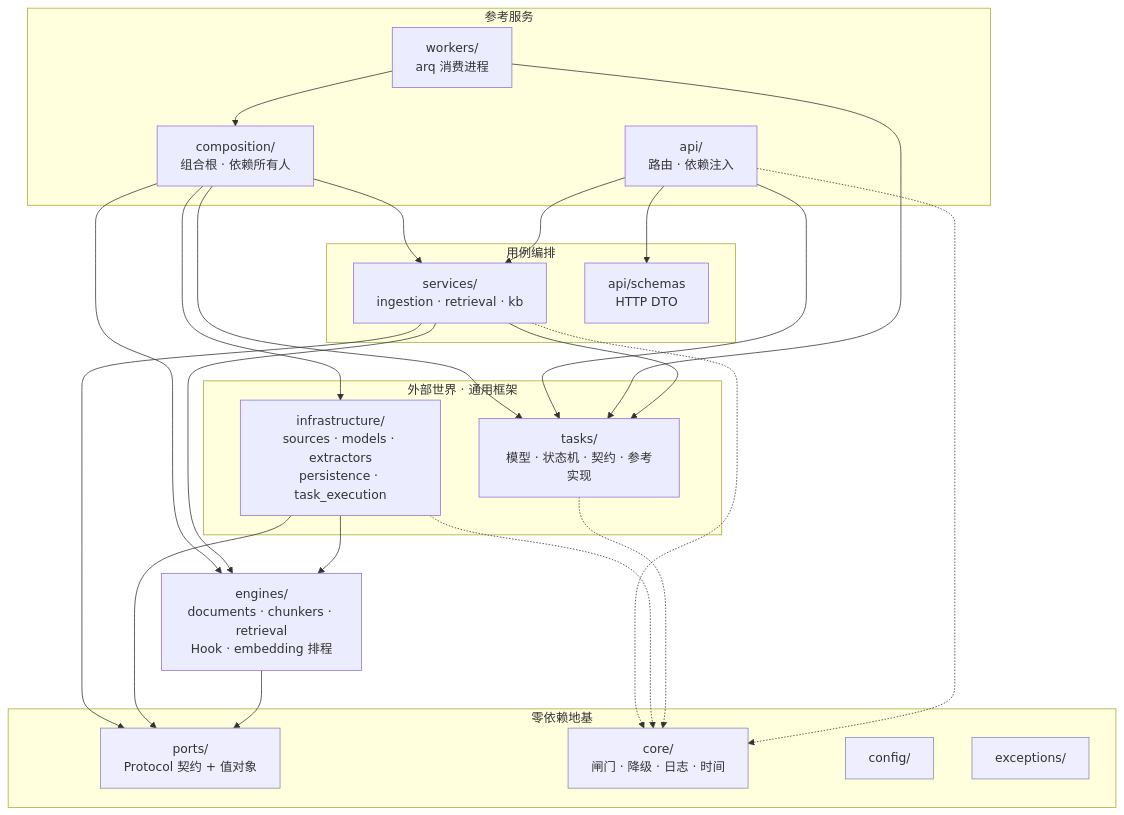
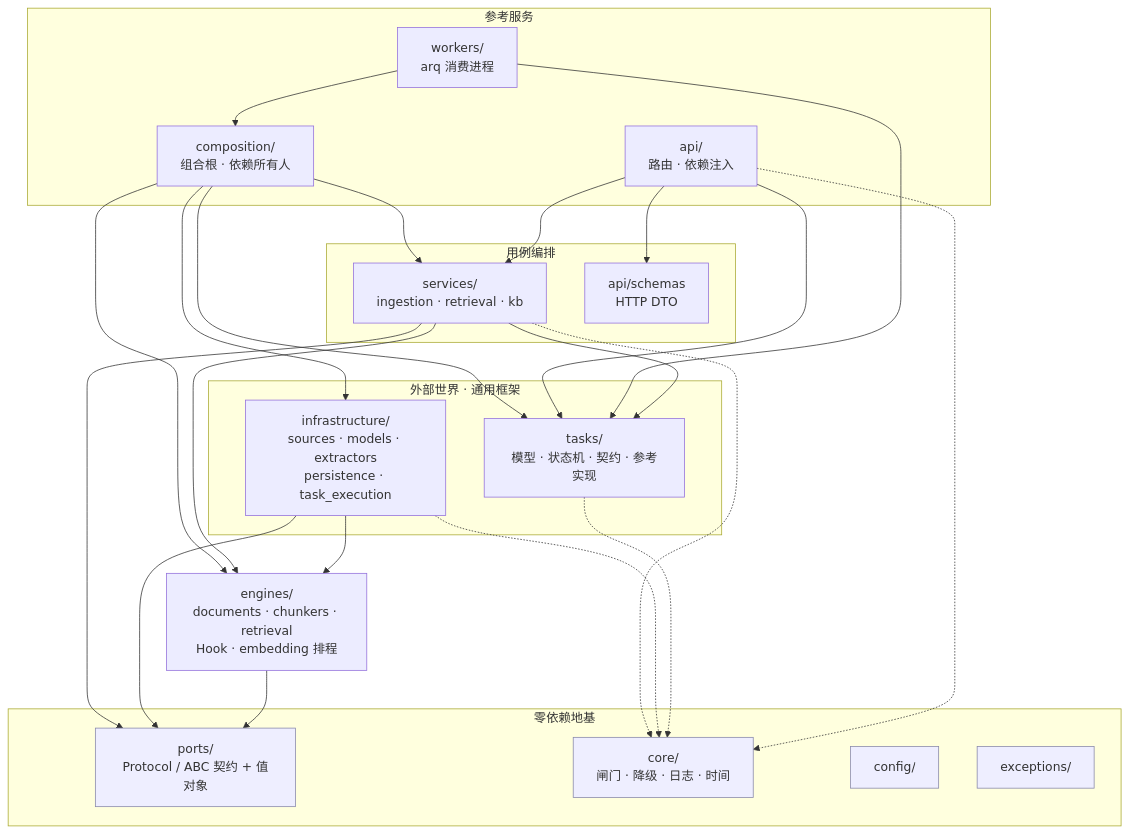
One commit to comet-7x/comet-rag changed the first of 3 diagrams in docs/structure.md. Above: the diagram before and after it, drawn with Mermaid. The commit also changed other lines of this file and 156 other files, not shown here.

````diff
--- a/docs/structure.md
+++ b/docs/structure.md
@@ -57,51 +58,51 @@
 ```mermaid
 flowchart TD
     subgraph SVC["参考服务"]
         boot["composition/<br/>组合根 · 依赖所有人"]
         api["api/<br/>路由 · 依赖注入"]
         wrk["workers/<br/>arq 消费进程"]
     end
 
     subgraph UC["用例编排"]
         svc["services/<br/>ingestion · retrieval · kb"]
         sch["api/schemas<br/>HTTP DTO"]
     end
 
     subgraph EXT["外部世界 · 通用框架"]
         infra["infrastructure/<br/>sources · models · extractors<br/>persistence · task_execution"]
         tsk["tasks/<br/>模型 · 状态机 · 契约 · 参考实现"]
     end
 
     lib["engines/<br/>documents · chunkers · retrieval<br/>Hook · embedding 排程"]
 
     subgraph BASE["零依赖地基"]
-        ports["ports/<br/>Protocol 契约 + 值对象"]
+        ports["ports/<br/>Protocol / ABC 契约 + 值对象"]
         kernel["core/<br/>闸门 · 降级 · 日志 · 时间"]
         cfg["config/"]
         exc["exceptions/"]
     end
 
     boot --> svc
     boot --> infra
     boot --> tsk
     boot --> lib
     api --> svc
     api --> tsk
     api --> sch
     wrk --> tsk
     wrk --> boot
     svc --> lib
     svc --> tsk
     svc --> ports
     infra --> lib
     infra --> ports
     lib --> ports
 
     svc -.-> kernel
     infra -.-> kernel
     tsk -.-> kernel
     api -.-> kernel
 
     classDef base fill:#eef,stroke:#88a
     class ports,kernel,cfg,exc base
 ```
````
